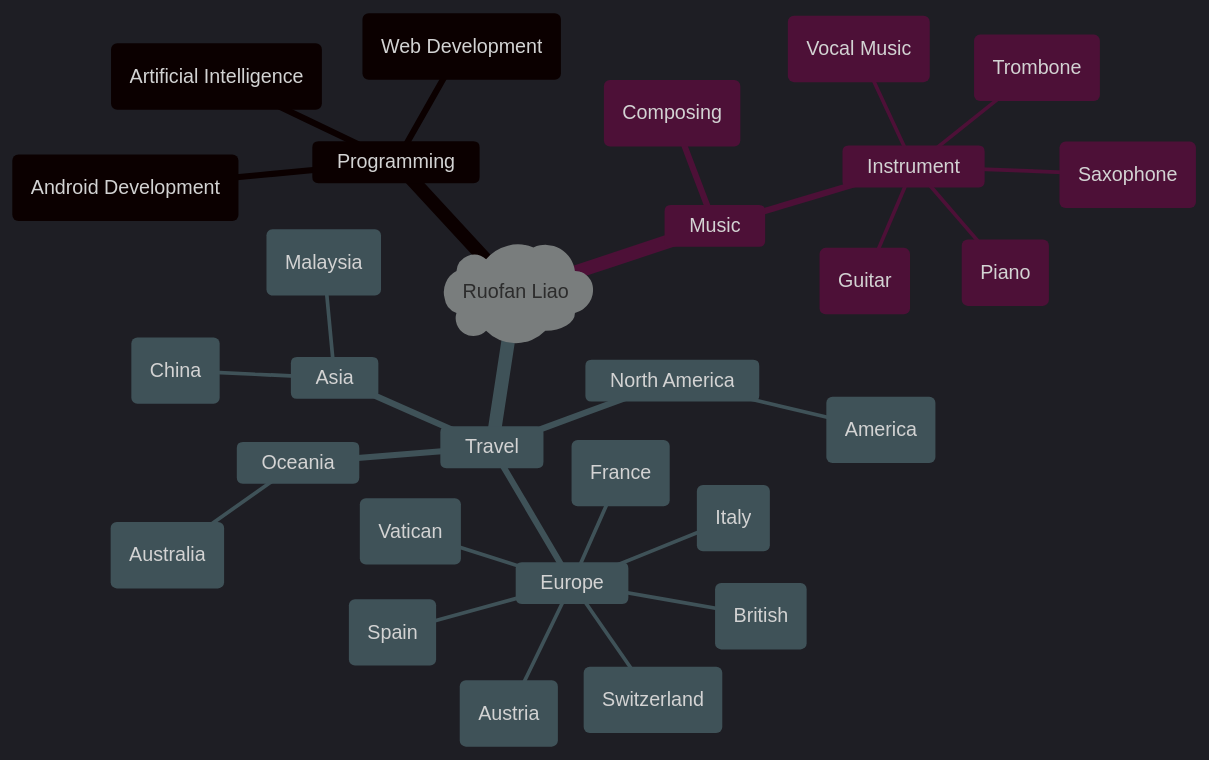
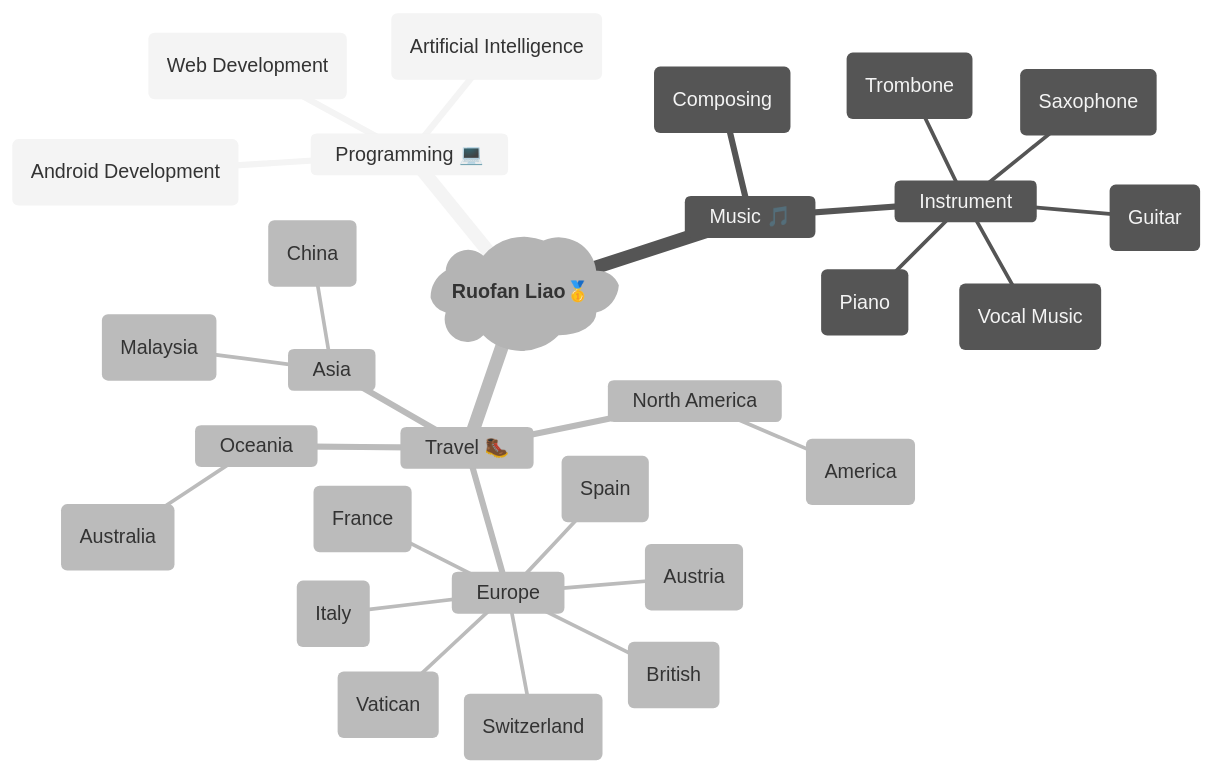
The diagram in README.md (LLLLLrf/LLLLLrf), drawn with Mermaid before and after one commit.

````diff
--- a/README.md
+++ b/README.md
@@ -138,34 +138,34 @@
 ```mermaid
-%%{init: {'theme':'dark'}}%%
+%%{init: {'theme': 'neutral'}}%%
 
 mindmap
-  root)Ruofan Liao(
-    Programming
+  root)**Ruofan Liao**🥇(
+    Programming 💻
       (Web Development)
       (Android Development)
       (Artificial Intelligence)
-    Music
+    Music 🎵
       (Composing)
       Instrument
         (Trombone)
         (Saxophone)
         (Guitar)
         (Piano)
         (Vocal Music)
-    Travel
+    Travel 🥾
       Europe
          (British)
          (France)
          (Vatican)
          (Italy)
          (Switzerland)
          (Austria)
          (Spain)
       North America
          (America)
       Oceania
          (Australia)
       Asia
          (Malaysia)
          (China)
 ```
````
